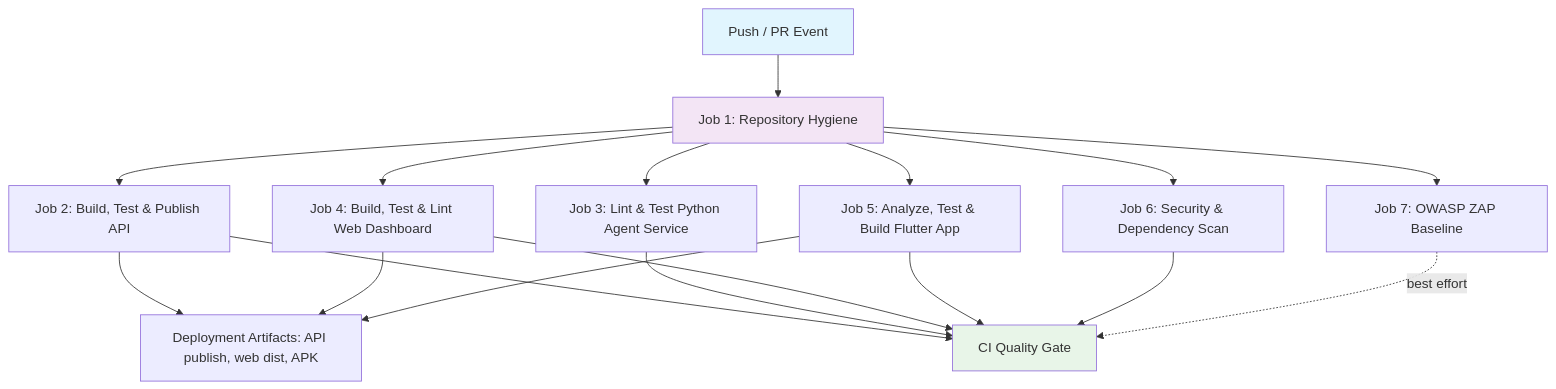
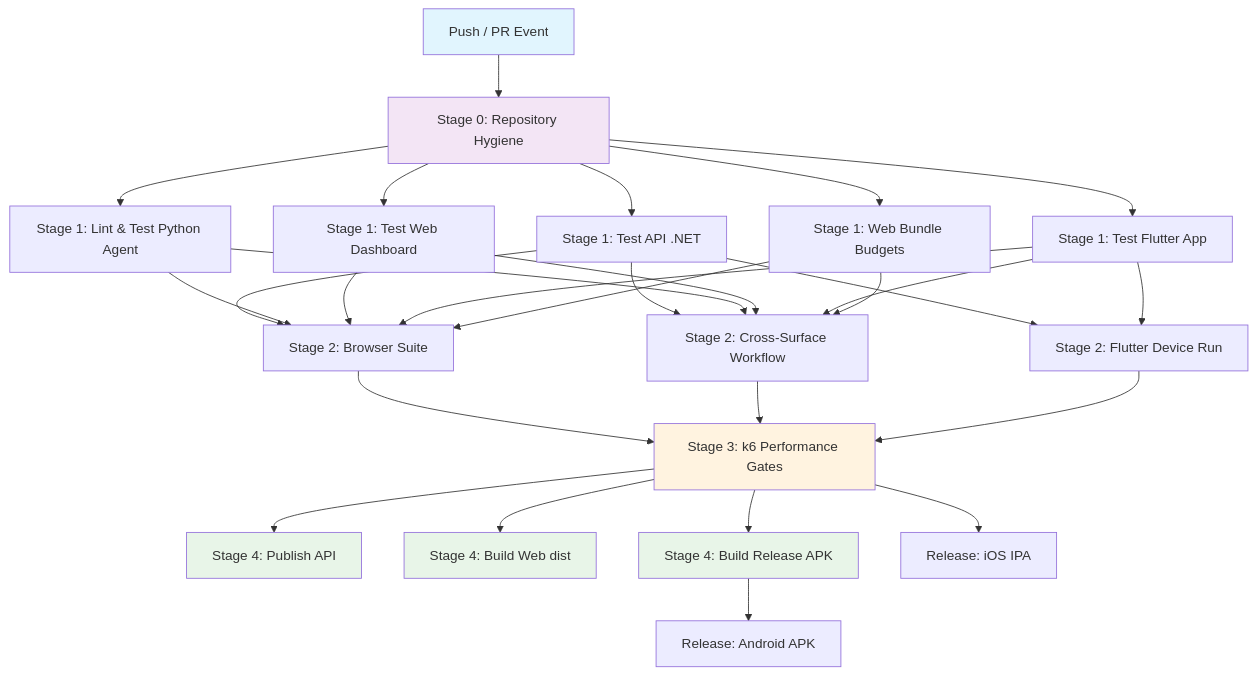
The diagram in spec/spec-process-cicd-ci.md (KavinduNirmal/aveline), drawn with Mermaid before and after one commit. The commit also changed other lines of this file and 4 other files, not shown here.

````diff
--- a/spec/spec-process-cicd-ci.md
+++ b/spec/spec-process-cicd-ci.md
@@ -23,23 +37,42 @@
 ```mermaid
 graph TD
-    Trigger[Push / PR Event] --> Hygiene[Job 1: Repository Hygiene]
-    Hygiene --> BuildApi[Job 2: Build, Test & Publish API]
-    Hygiene --> TestPython[Job 3: Lint & Test Python Agent Service]
-    Hygiene --> TestWeb[Job 4: Build, Test & Lint Web Dashboard]
-    Hygiene --> TestFlutter[Job 5: Analyze, Test & Build Flutter App]
-    Hygiene --> Security[Job 6: Security & Dependency Scan]
-    Hygiene --> Zap[Job 7: OWASP ZAP Baseline]
-    BuildApi --> Artifacts[Deployment Artifacts: API publish, web dist, APK]
-    TestWeb --> Artifacts
-    TestFlutter --> Artifacts
-    BuildApi --> Gate[CI Quality Gate]
-    TestPython --> Gate
-    TestWeb --> Gate
-    TestFlutter --> Gate
-    Security --> Gate
-    Zap -. best effort .-> Gate
+    Trigger[Push / PR Event] --> Hygiene[Stage 0: Repository Hygiene]
+
+    Hygiene --> TestApi[Stage 1: Test API .NET]
+    Hygiene --> TestPython[Stage 1: Lint & Test Python Agent]
+    Hygiene --> TestWeb[Stage 1: Test Web Dashboard]
+    Hygiene --> TestFlutter[Stage 1: Test Flutter App]
+    Hygiene --> PerfWeb[Stage 1: Web Bundle Budgets]
+
+    TestApi --> E2EBrowser[Stage 2: Browser Suite]
+    TestPython --> E2EBrowser
+    TestWeb --> E2EBrowser
+    TestFlutter --> E2EBrowser
+    PerfWeb --> E2EBrowser
+
+    TestApi --> E2EIntegration[Stage 2: Cross-Surface Workflow]
+    TestPython --> E2EIntegration
+    TestWeb --> E2EIntegration
+    TestFlutter --> E2EIntegration
+    PerfWeb --> E2EIntegration
+
+    TestApi --> FlutterIntegration[Stage 2: Flutter Device Run]
+    TestFlutter --> FlutterIntegration
+
+    E2EBrowser --> K6[Stage 3: k6 Performance Gates]
+    E2EIntegration --> K6
+    FlutterIntegration --> K6
+
+    K6 --> BuildApi[Stage 4: Publish API]
+    K6 --> BuildWeb[Stage 4: Build Web dist]
+    K6 --> BuildApk[Stage 4: Build Release APK]
+    BuildApk --> ReleaseAndroid[Release: Android APK]
+    K6 --> ReleaseIos[Release: iOS IPA]
 
     style Trigger fill:#e1f5fe
     style Hygiene fill:#f3e5f5
-    style Gate fill:#e8f5e8
+    style K6 fill:#fff3e0
+    style BuildApi fill:#e8f5e8
+    style BuildWeb fill:#e8f5e8
+    style BuildApk fill:#e8f5e8
 ```
````
